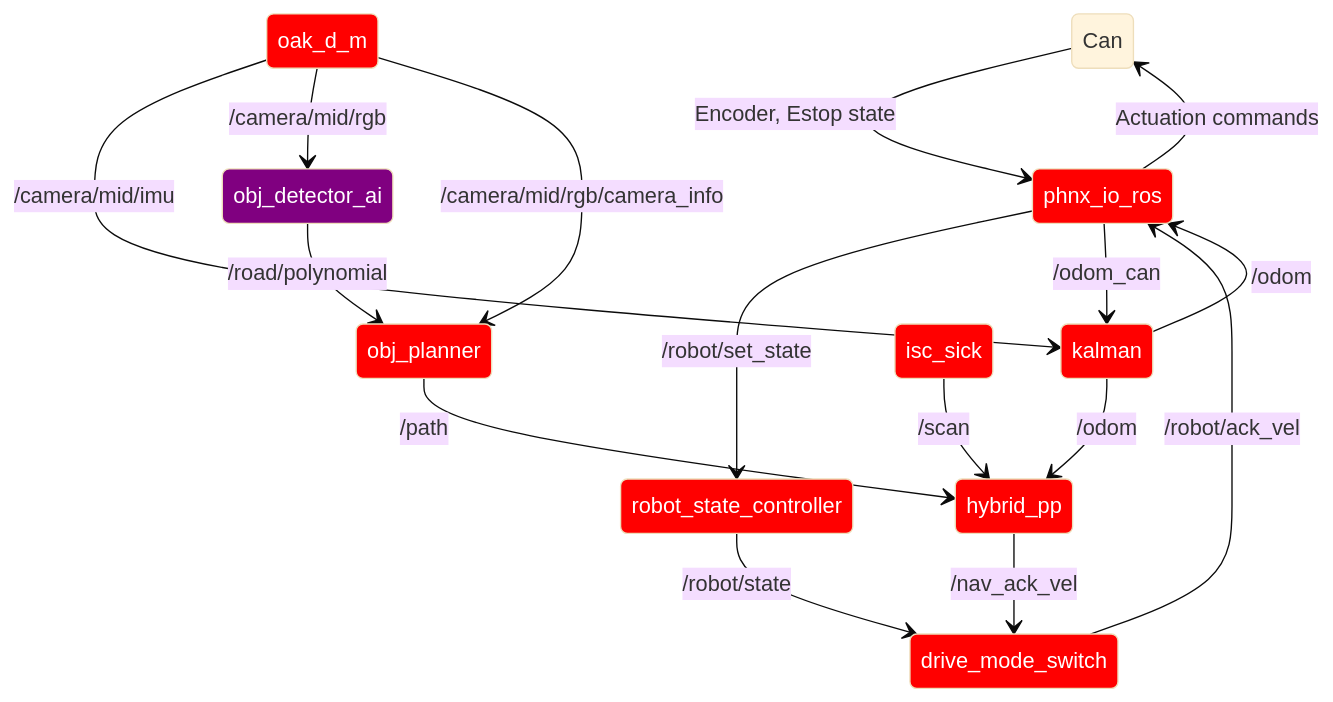
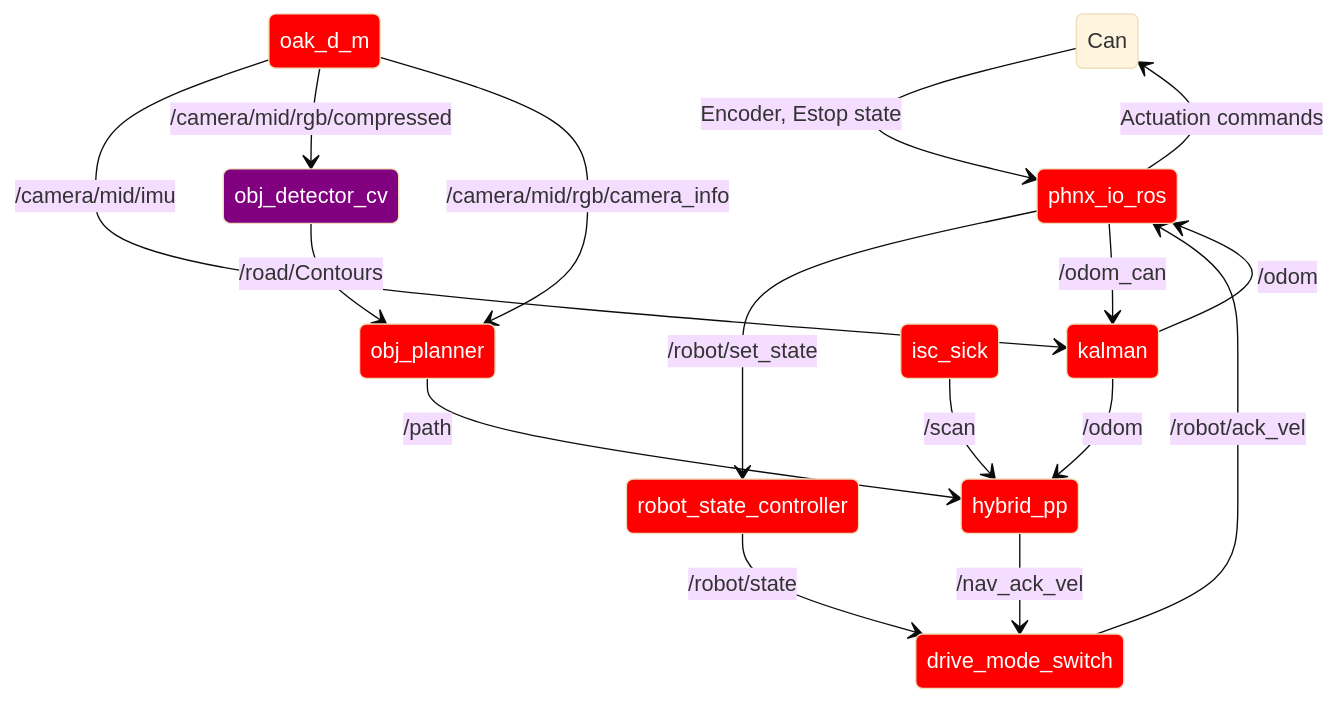
One commit to ISC-Project-Phoenix/design changed the diagram in software/ros/phoenix_robot.md. Above: the diagram before and after it, drawn with Mermaid (base theme). The commit also changed 6 other files, not shown here.

````diff
--- a/software/ros/phoenix_robot.md
+++ b/software/ros/phoenix_robot.md
@@ -22,41 +22,41 @@
 ```mermaid
 stateDiagram-v2
     classDef common color:white,fill:red
     classDef data color:white,fill:blue
     classDef prod color:white,fill:black
     classDef util color:white,fill:purple
-    classDef ai color:white,fill:purple
+    classDef cv color:white,fill:purple
     classDef opencv color:white,fill:blue
 
     %% Hardware interfaces
     Can --> phnx_io_ros:::common: Encoder, Estop state
     phnx_io_ros:::common --> Can: Actuation commands
     
     %% command controllers
     drive_mode_switch:::common --> phnx_io_ros:::common: /robot/ack_vel
     
     
     %% state control
     phnx_io_ros:::common --> robot_state_controller:::common: /robot/set_state
     robot_state_controller:::common --> drive_mode_switch:::common: /robot/state
 
     %% Localisation
     phnx_io_ros:::common --> kalman:::common: /odom_can
     oak_d_m:::common --> kalman:::common: /camera/mid/imu
     
 
     %% new stuff
-    oak_d_m:::common --> obj_detector_ai:::ai: /camera/mid/rgb
+    oak_d_m:::common --> obj_detector_cv:::cv: /camera/mid/rgb/compressed
     
     oak_d_m:::common --> obj_planner:::common: /camera/mid/rgb/camera_info
-    obj_detector_ai:::ai --> obj_planner:::ai: /road/polynomial
+    obj_detector_cv:::cv --> obj_planner:::cv: /road/Contours
     
 
     obj_planner:::common --> hybrid_pp:::common: /path
     hybrid_pp:::common --> drive_mode_switch: /nav_ack_vel
 
     isc_sick:::common --> hybrid_pp:::common: /scan
 
     kalman:::common --> phnx_io_ros: /odom
     kalman:::common --> hybrid_pp: /odom
 ```
````
